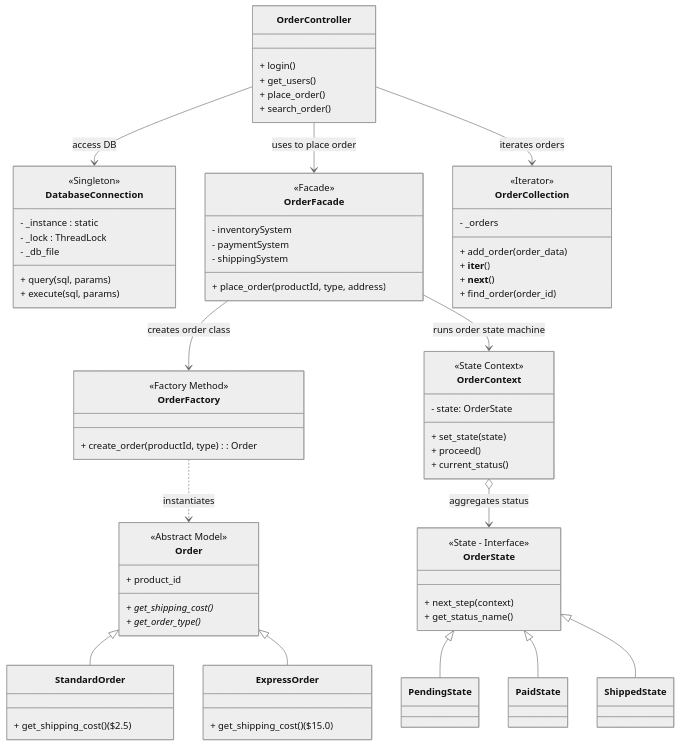
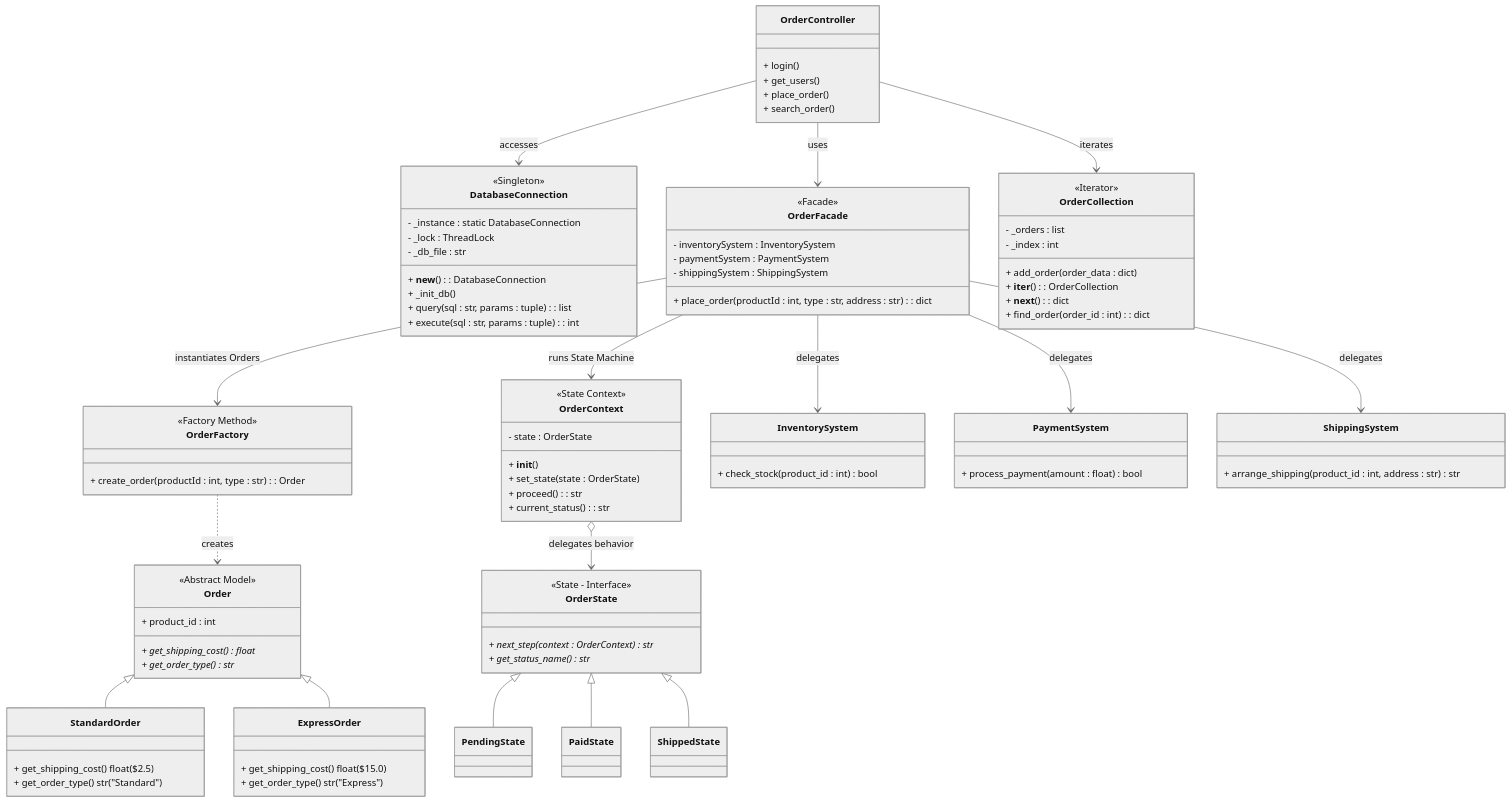
Before and after one commit to DYBInh2k5/Kien_Truc_Phan_Mem_Test: the second of 8 diagrams in Project/PROJECT_DOCUMENTATION.md, drawn with Mermaid (neutral theme). The commit also changed other lines of this file and 1 other file, not shown here.

Commit message:
docs: expand system diagram and detail diagrams in documentation

````diff
--- a/Project/PROJECT_DOCUMENTATION.md
+++ b/Project/PROJECT_DOCUMENTATION.md
@@ -106,47 +147,51 @@
     %% ======= DESIGN PATTERNS ======= %%
     class DatabaseConnection {
         <<Singleton>>
-        - _instance : static
+        - _instance : static DatabaseConnection
         - _lock : ThreadLock
-        - _db_file
-        + query(sql, params)
-        + execute(sql, params)
+        - _db_file : str
+        + __new__() : DatabaseConnection
+        + _init_db()
+        + query(sql : str, params : tuple) : list
+        + execute(sql : str, params : tuple) : int
     }
 
     class OrderFactory {
         <<Factory Method>>
-        + create_order(productId, type) : Order
+        + create_order(productId : int, type : str) : Order
     }
 
     class OrderFacade {
         <<Facade>>
-        - inventorySystem
-        - paymentSystem
-        - shippingSystem
-        + place_order(productId, type, address)
+        - inventorySystem : InventorySystem
+        - paymentSystem : PaymentSystem
+        - shippingSystem : ShippingSystem
+        + place_order(productId : int, type : str, address : str) : dict
     }
 
     class OrderState {
         <<State - Interface>>
-        + next_step(context)
-        + get_status_name()
+        + next_step(context : OrderContext)* str
+        + get_status_name()* str
     }
 
     class OrderContext {
         <<State Context>>
-        - state: OrderState
-        + set_state(state)
-        + proceed()
-        + current_status()
+        - state : OrderState
+        + __init__()
+        + set_state(state : OrderState)
+        + proceed() : str
+        + current_status() : str
     }
 
     class OrderCollection {
         <<Iterator>>
-        - _orders
-        + add_order(order_data)
-        + __iter__()
-        + __next__()
-        + find_order(order_id)
+        - _orders : list
+        - _index : int
+        + add_order(order_data : dict)
+        + __iter__() : OrderCollection
+        + __next__() : dict
+        + find_order(order_id : int) : dict
     }
 
     %% ======= CLASSES & MODELS ======= %%
@@ -159,15 +204,27 @@
     
     class Order {
         <<Abstract Model>>
-        + product_id
-        + get_shipping_cost()*
-        + get_order_type()*
+        + product_id : int
+        + get_shipping_cost()* float
+        + get_order_type()* str
     }
     class StandardOrder {
-        + get_shipping_cost() ($2.5)
+        + get_shipping_cost() float ($2.5)
+        + get_order_type() str ("Standard")
     }
     class ExpressOrder {
-        + get_shipping_cost() ($15.0)
+        + get_shipping_cost() float ($15.0)
+        + get_order_type() str ("Express")
+    }
+
+    class InventorySystem {
+        + check_stock(product_id : int) bool
+    }
+    class PaymentSystem {
+        + process_payment(amount : float) bool
+    }
+    class ShippingSystem {
+        + arrange_shipping(product_id : int, address : str) str
     }
     
     Order <|-- StandardOrder
@@ -178,11 +235,14 @@
     OrderState <|-- ShippedState
 
     %% ======= MỐI QUAN HỆ ======= %%
-    OrderController --> OrderFacade : uses to place order
-    OrderController --> OrderCollection : iterates orders
-    OrderController --> DatabaseConnection : access DB
-    OrderFacade --> OrderFactory : creates order class
-    OrderFacade --> OrderContext : runs order state machine
-    OrderFactory ..> Order : instantiates
-    OrderContext o--> OrderState : aggregates status
+    OrderController --> OrderFacade : uses
+    OrderController --> OrderCollection : iterates
+    OrderController --> DatabaseConnection : accesses
+    OrderFacade --> OrderFactory : instantiates Orders
+    OrderFacade --> OrderContext : runs State Machine
+    OrderFacade --> InventorySystem : delegates
+    OrderFacade --> PaymentSystem : delegates
+    OrderFacade --> ShippingSystem : delegates
+    OrderFactory ..> Order : creates
+    OrderContext o--> OrderState : delegates behavior
 ```
````
